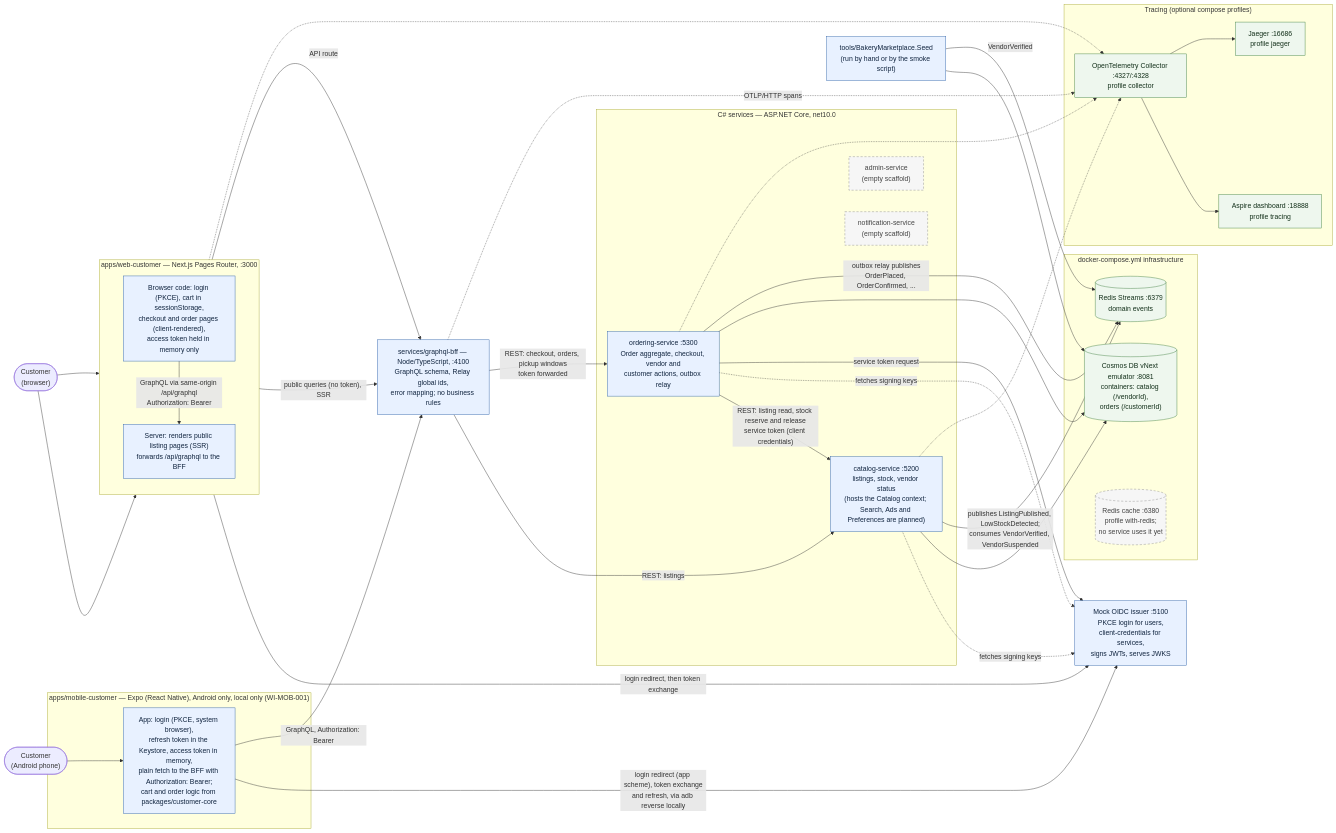
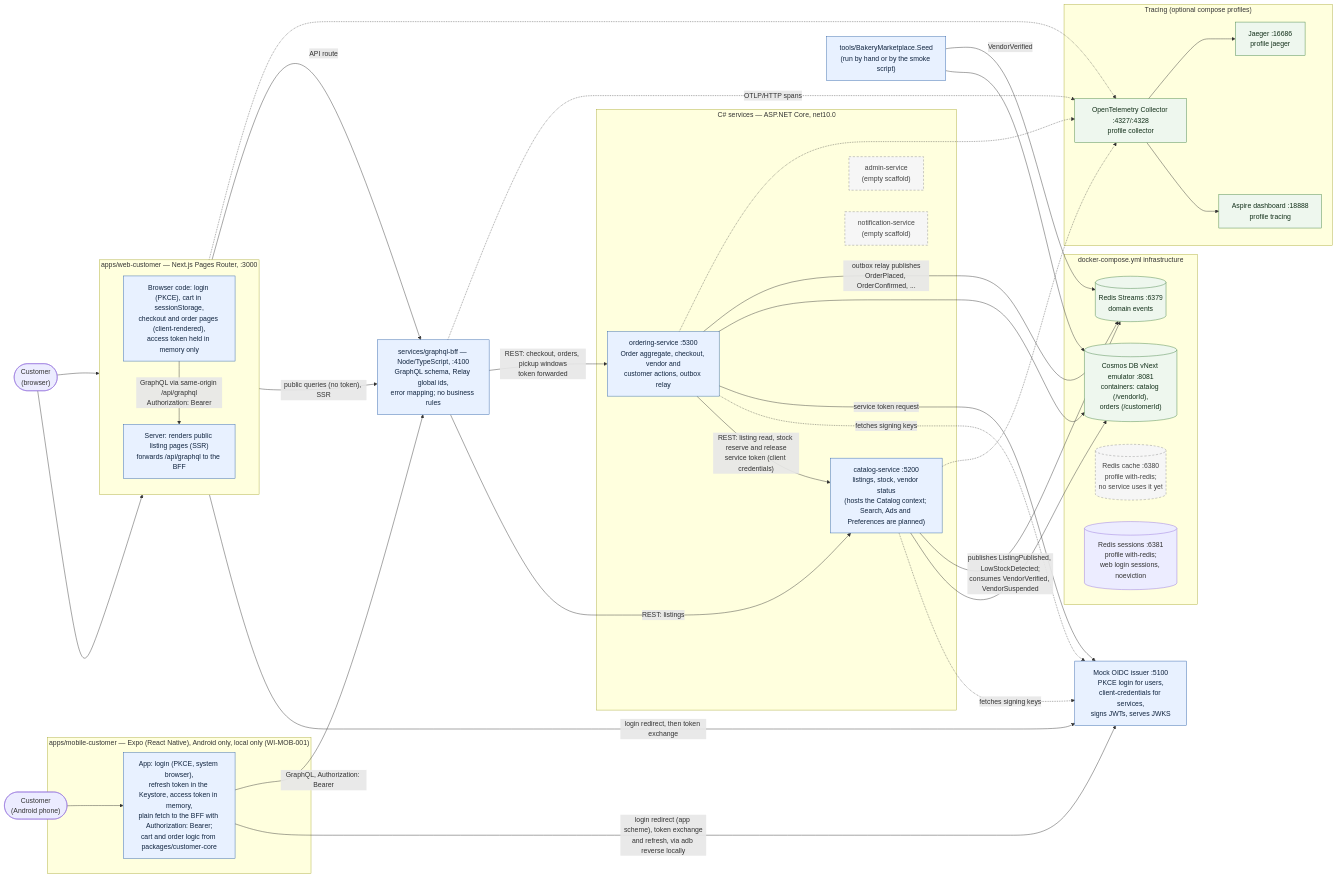
Before and after one commit to benjamin-hedrick/bakery-marketplace: the first of 2 diagrams in docs/architecture/c4/container.md, drawn with Mermaid. The commit also changed 11 other files, not shown here.

Commit message:
Register 118: sessions move to their own redis-sessions instance with noeviction (compose profile with-redis, port 6381; dev Terraform container app); Terraform tests; ADR-0019 amendment

````diff
--- a/docs/architecture/c4/container.md
+++ b/docs/architecture/c4/container.md
@@ -11,76 +11,77 @@
 ```mermaid
 flowchart LR
     classDef built fill:#e8f1ff,stroke:#2b5fa8,color:#10243f
     classDef scaffold fill:#f6f6f6,stroke:#888,stroke-dasharray: 5 4,color:#444
     classDef infra fill:#eef7ee,stroke:#3f7f3f,color:#13301a
 
     USER(["Customer<br/>(browser)"])
     PHONE(["Customer<br/>(Android phone)"])
 
     subgraph WEB["apps/web-customer — Next.js Pages Router, :3000"]
         direction TB
         SSR["Server: renders public listing pages (SSR)<br/>forwards /api/graphql to the BFF"]
         CSR["Browser code: login (PKCE), cart in sessionStorage,<br/>checkout and order pages (client-rendered),<br/>access token held in memory only"]
     end
 
     subgraph APP["apps/mobile-customer — Expo (React Native), Android only, local only (WI-MOB-001)"]
         MOB["App: login (PKCE, system browser),<br/>refresh token in the Keystore, access token in memory,<br/>plain fetch to the BFF with Authorization: Bearer;<br/>cart and order logic from packages/customer-core"]
     end
 
     BFF["services/graphql-bff — Node/TypeScript, :4100<br/>GraphQL schema, Relay global ids,<br/>error mapping; no business rules"]
 
     subgraph SVC["C# services — ASP.NET Core, net10.0"]
         CAT["catalog-service :5200<br/>listings, stock, vendor status<br/>(hosts the Catalog context; Search, Ads and Preferences are planned)"]
         ORD["ordering-service :5300<br/>Order aggregate, checkout, vendor and<br/>customer actions, outbox relay"]
         ADM["admin-service<br/>(empty scaffold)"]
         NOT["notification-service<br/>(empty scaffold)"]
     end
 
     OIDC["Mock OIDC issuer :5100<br/>PKCE login for users,<br/>client-credentials for services,<br/>signs JWTs, serves JWKS"]
 
     subgraph STORES["docker-compose.yml infrastructure"]
         COSMOS[("Cosmos DB vNext emulator :8081<br/>containers: catalog (/vendorId),<br/>orders (/customerId)")]
         REDISEV[("Redis Streams :6379<br/>domain events")]
         REDISCACHE[("Redis cache :6380<br/>profile with-redis;<br/>no service uses it yet")]
+        REDISSESS[("Redis sessions :6381<br/>profile with-redis;<br/>web login sessions, noeviction")]
     end
 
     subgraph OBS["Tracing (optional compose profiles)"]
         COLL["OpenTelemetry Collector :4327/:4328<br/>profile collector"]
         ASPIRE["Aspire dashboard :18888<br/>profile tracing"]
         JAEGER["Jaeger :16686<br/>profile jaeger"]
     end
 
     SEED["tools/BakeryMarketplace.Seed<br/>(run by hand or by the smoke script)"]
 
     PHONE --> MOB
     MOB -->|"login redirect (app scheme), token exchange<br/>and refresh, via adb reverse locally"| OIDC
     MOB -->|"GraphQL, Authorization: Bearer"| BFF
     USER --> SSR
     USER --> CSR
     CSR -->|"login redirect, then token exchange"| OIDC
     CSR -->|"GraphQL via same-origin /api/graphql<br/>Authorization: Bearer"| SSR
     SSR -->|"public queries (no token), SSR"| BFF
     SSR -->|"API route"| BFF
     BFF -->|"REST: listings"| CAT
     BFF -->|"REST: checkout, orders, pickup windows<br/>token forwarded"| ORD
     ORD -->|"REST: listing read, stock reserve and release<br/>service token (client credentials)"| CAT
     ORD -.->|"fetches signing keys"| OIDC
     CAT -.->|"fetches signing keys"| OIDC
     ORD -->|"service token request"| OIDC
     CAT --> COSMOS
     ORD --> COSMOS
     ORD -->|"outbox relay publishes<br/>OrderPlaced, OrderConfirmed, ..."| REDISEV
     CAT -->|"publishes ListingPublished, LowStockDetected;<br/>consumes VendorVerified, VendorSuspended"| REDISEV
     SEED --> COSMOS
     SEED -->|"VendorVerified"| REDISEV
     BFF -.->|"OTLP/HTTP spans"| COLL
     SSR -.-> COLL
     CAT -.-> COLL
     ORD -.-> COLL
     COLL --> ASPIRE
     COLL --> JAEGER
 
     class SSR,CSR,MOB,BFF,CAT,ORD,OIDC,SEED built
     class ADM,NOT,REDISCACHE scaffold
     class COSMOS,REDISEV,COLL,ASPIRE,JAEGER infra
 ```
````
